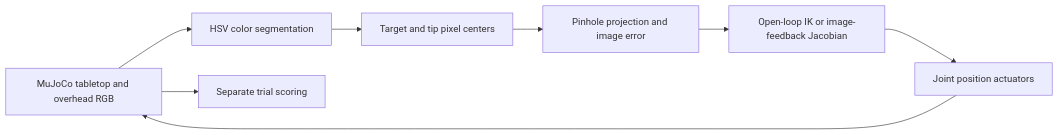
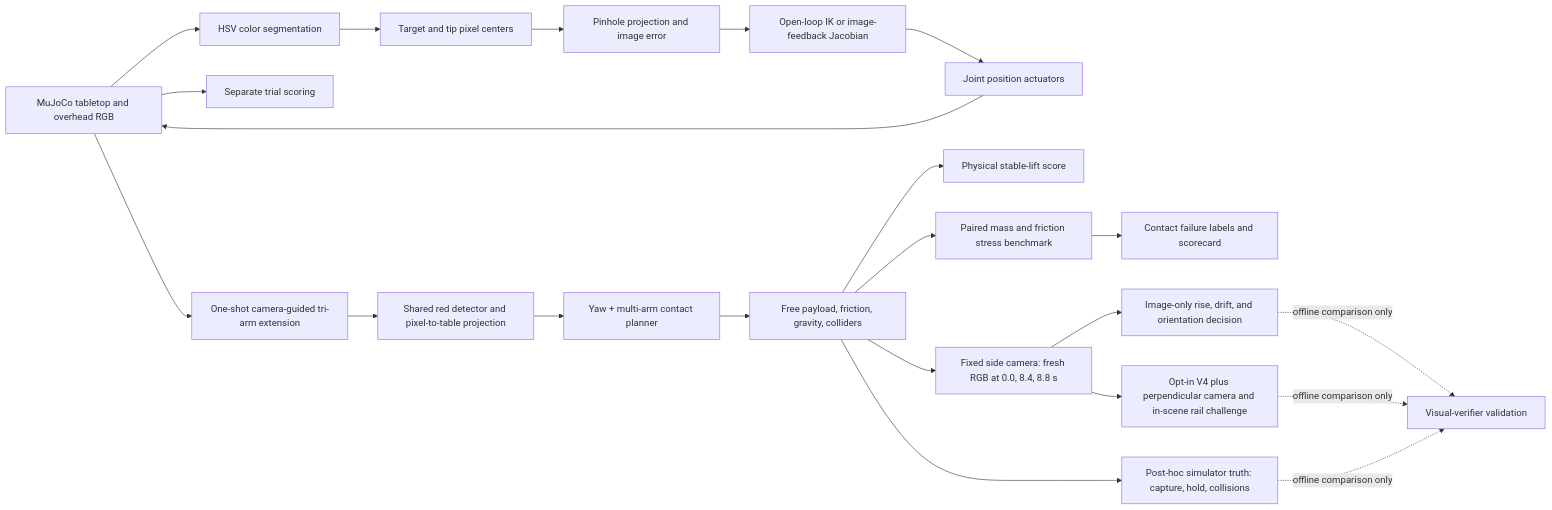
One commit to Lavalx100/visual-servo-mujoco changed the diagram in README.md. Above: the diagram before and after it, drawn with Mermaid. The commit also changed other lines of this file and 309 other files, not shown here.

````diff
--- a/README.md
+++ b/README.md
@@ -46,10 +100,24 @@
 ```mermaid
 flowchart LR
     A[MuJoCo tabletop and overhead RGB] --> B[HSV color segmentation]
     B --> C[Target and tip pixel centers]
     C --> D[Pinhole projection and image error]
     D --> E[Open-loop IK or image-feedback Jacobian]
     E --> F[Joint position actuators]
     F --> A
     A --> G[Separate trial scoring]
+    A --> H[One-shot camera-guided tri-arm extension]
+    H --> I[Shared red detector and pixel-to-table projection]
+    I --> J[Yaw + multi-arm contact planner]
+    J --> K[Free payload, friction, gravity, colliders]
+    K --> L[Physical stable-lift score]
+    K --> R[Paired mass and friction stress benchmark]
+    R --> S[Contact failure labels and scorecard]
+    K --> M[Fixed side camera: fresh RGB at 0.0, 8.4, 8.8 s]
+    M --> N[Image-only rise, drift, and orientation decision]
+    M --> P[Opt-in V4 plus perpendicular camera and in-scene rail challenge]
+    K --> O[Post-hoc simulator truth: capture, hold, collisions]
+    N -. offline comparison only .-> Q[Visual-verifier validation]
+    P -. offline comparison only .-> Q
+    O -. offline comparison only .-> Q
 ```
````
